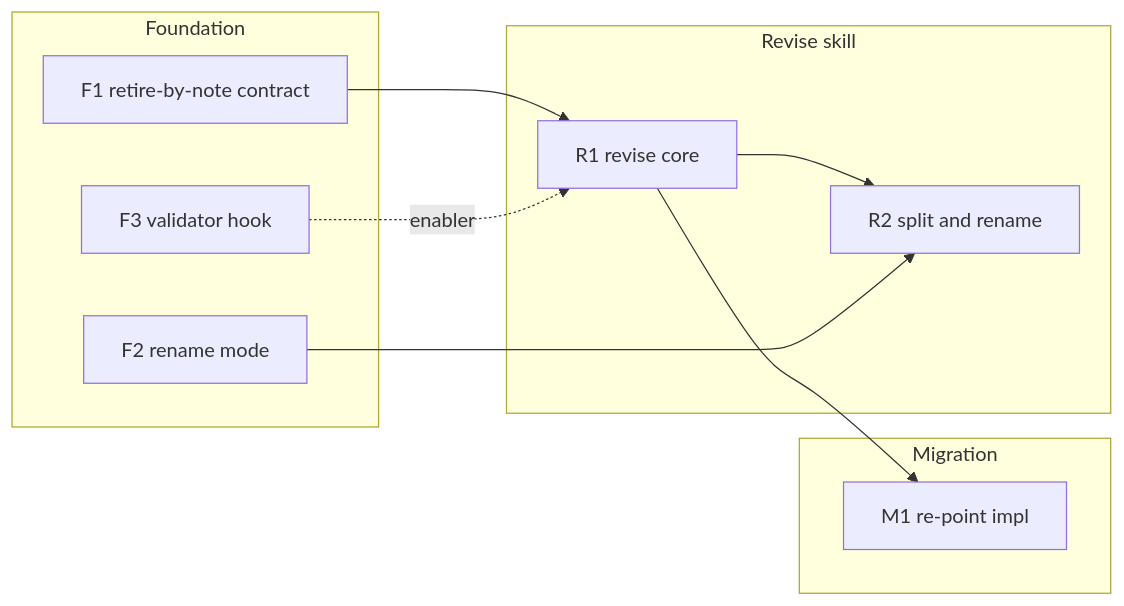
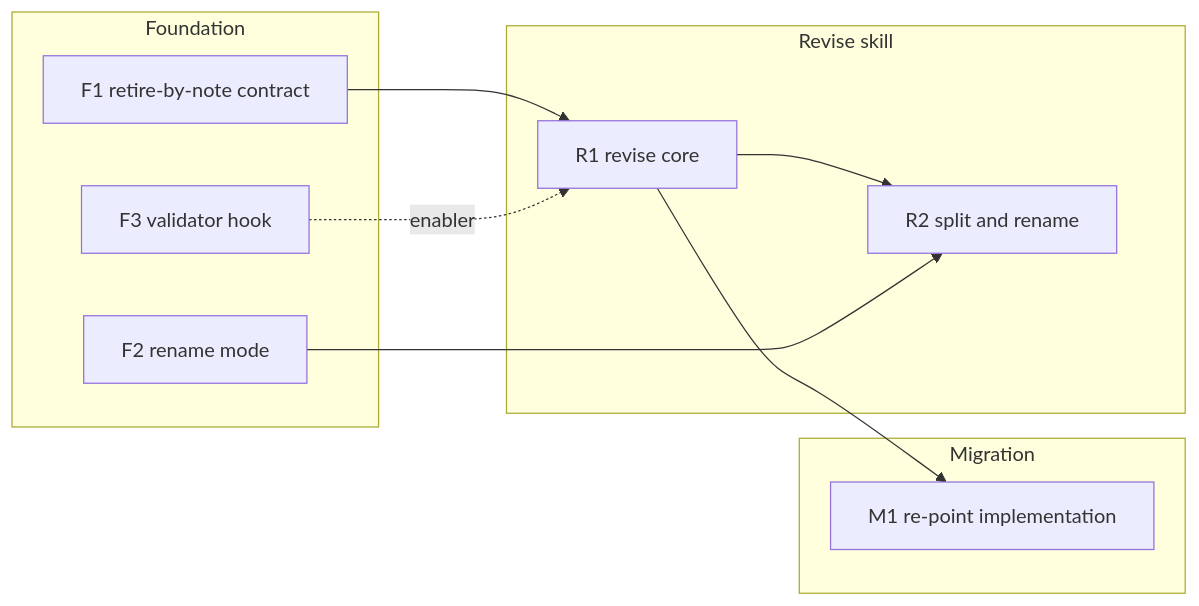
One commit to mynghn/leanplan changed the diagram in docs/features/260620-artifact-later-update/tasks.md. Above: the diagram before and after it, drawn with Mermaid. The commit also changed other lines of this file and 35 other files, not shown here.

````diff
--- a/docs/features/260620-artifact-later-update/tasks.md
+++ b/docs/features/260620-artifact-later-update/tasks.md
@@ -11,18 +11,18 @@
 ```mermaid
 flowchart LR
     subgraph F [Foundation]
       F1[F1 retire-by-note contract]
       F2[F2 rename mode]
       F3[F3 validator hook]
     end
     subgraph R [Revise skill]
       R1[R1 revise core] --> R2[R2 split and rename]
     end
     subgraph M [Migration]
-      M1[M1 re-point impl]
+      M1[M1 re-point implementation]
     end
     F1 --> R1
     F2 --> R2
     F3 -. enabler .-> R1
     R1 --> M1
 ```
````
